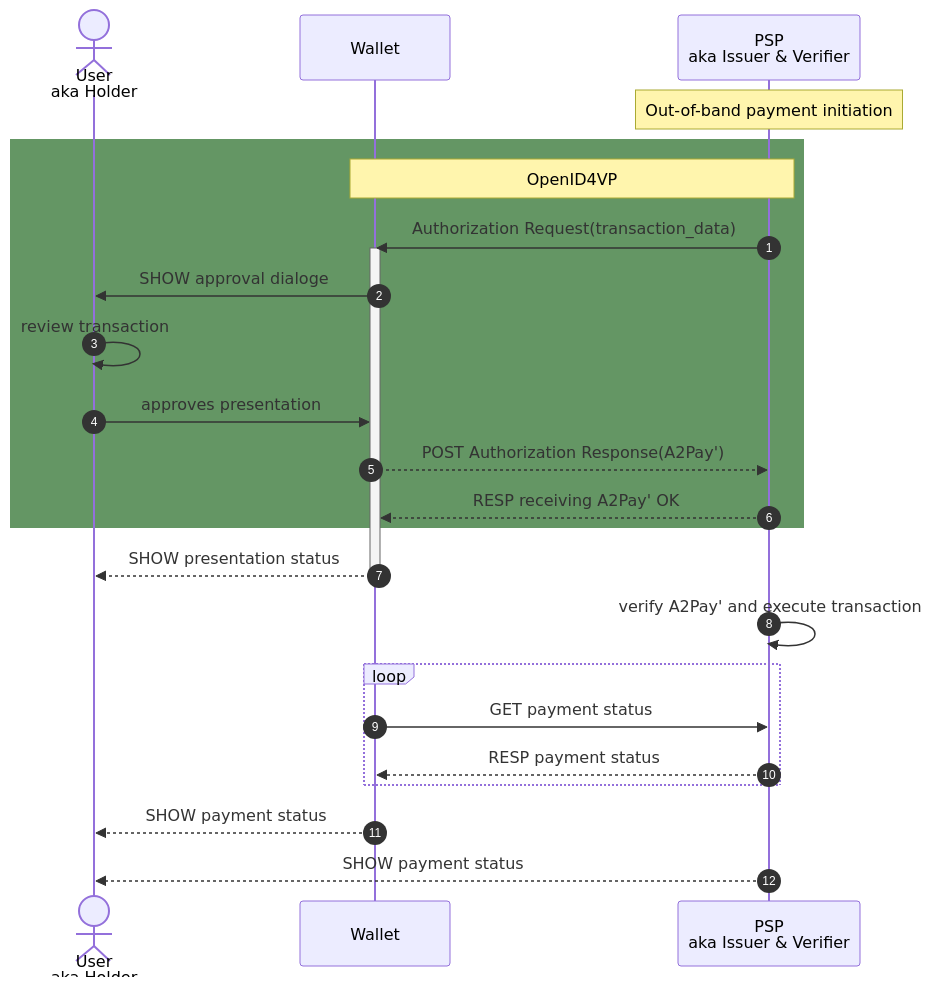
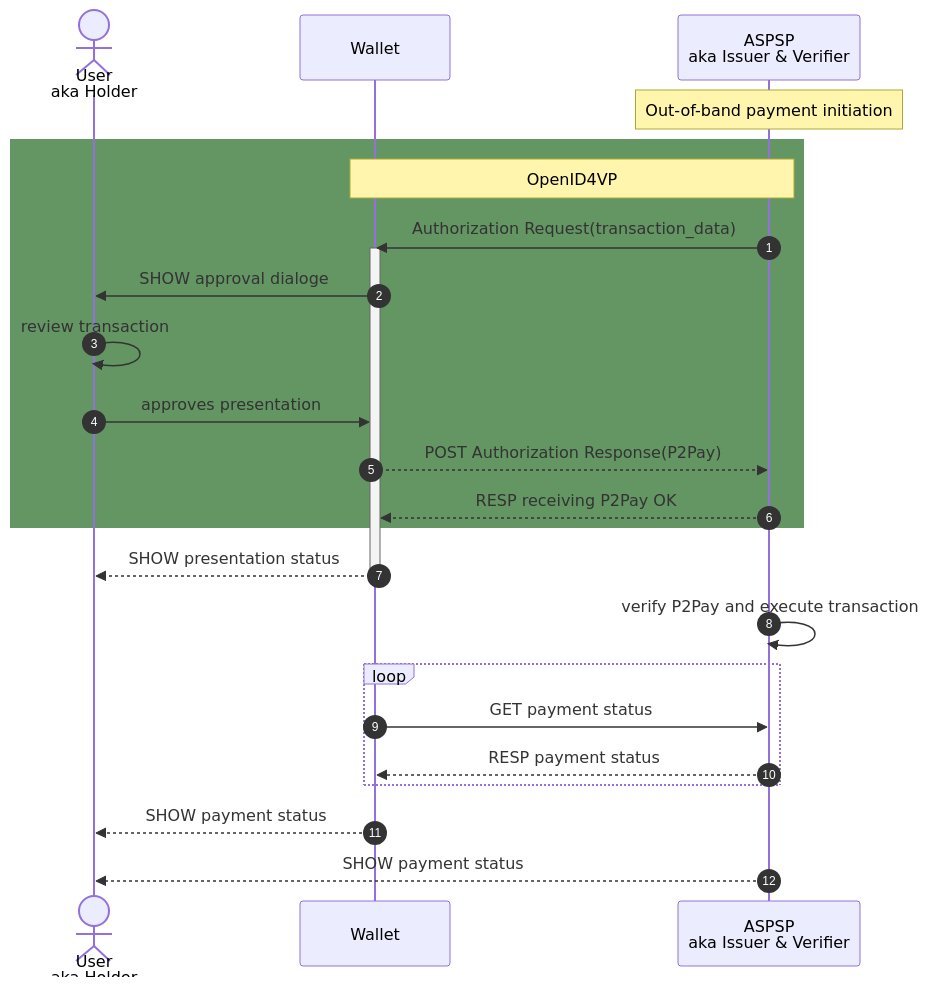
Before and after one commit to nobid-consortium/payment-reference-documentation: the first of 2 diagrams in payment-reference-doc.md, drawn with Mermaid. The commit also changed other lines of this file, not shown here.

````diff
--- a/payment-reference-doc.md
+++ b/payment-reference-doc.md
@@ -259,29 +270,29 @@
 ```mermaid
 
 sequenceDiagram
     autonumber
     actor user as User<br/>aka Holder
     participant wallet as Wallet 
-    participant psp as PSP<br/>aka Issuer & Verifier
+    participant psp as ASPSP<br/>aka Issuer & Verifier
 
     Note over psp: Out-of-band payment initiation
     rect rgb(100, 150, 100)
     note over wallet, psp: OpenID4VP
     psp ->> wallet: Authorization Request(transaction_data)
     activate wallet
     wallet ->> user: SHOW approval dialoge
     user ->> user: review transaction
     user ->> wallet: approves presentation
-    wallet -->> psp: POST Authorization Response(A2Pay')
-    psp -->> wallet: RESP receiving A2Pay' OK
+    wallet -->> psp: POST Authorization Response(P2Pay)
+    psp -->> wallet: RESP receiving P2Pay OK
     end
     wallet -->> user: SHOW presentation status
     deactivate wallet
-    psp ->> psp: verify A2Pay' and execute transaction
+    psp ->> psp: verify P2Pay and execute transaction
     loop
     wallet ->> psp: GET payment status
     psp -->> wallet: RESP payment status 
     end
     wallet -->> user: SHOW payment status
     psp -->> user: SHOW payment status
 ```
````
